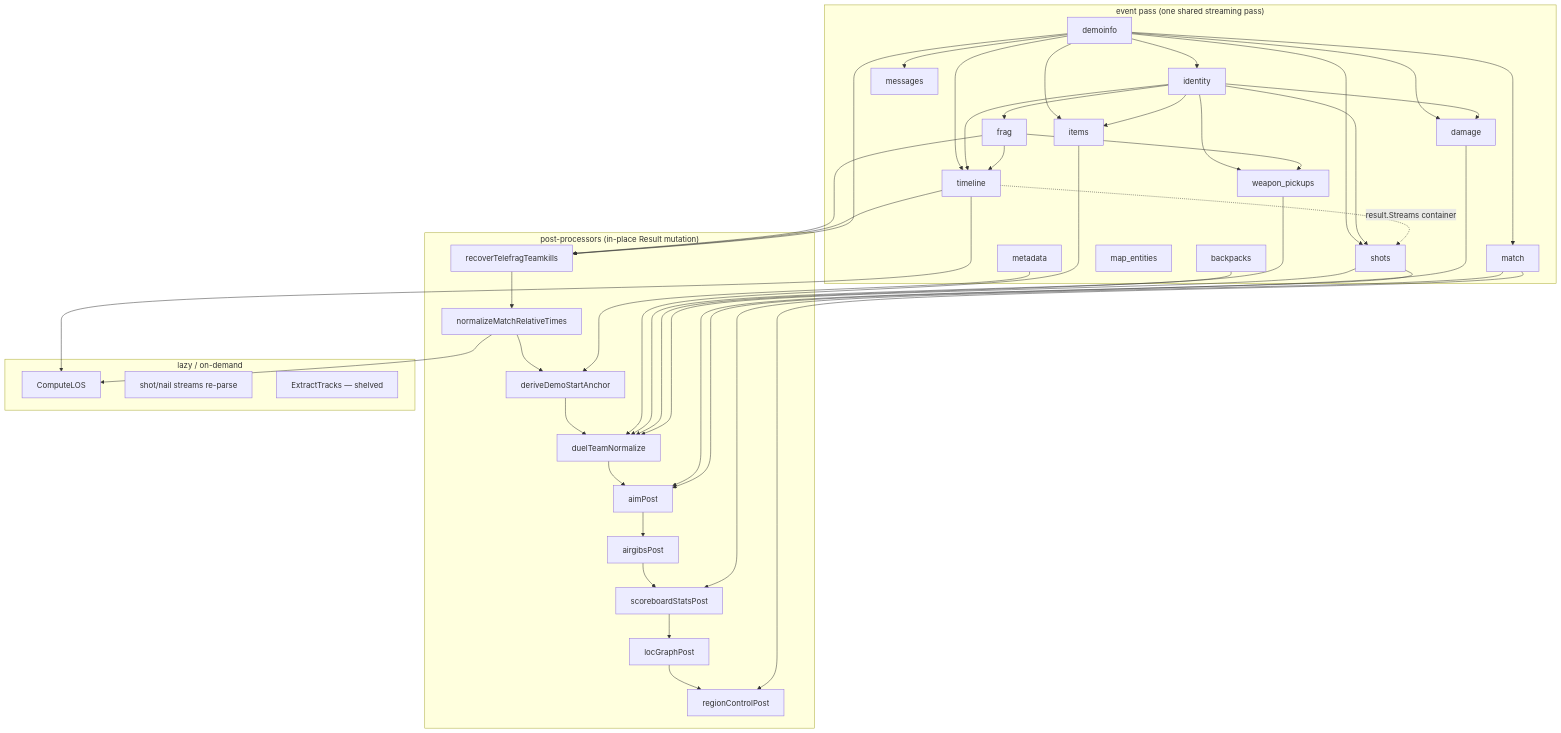
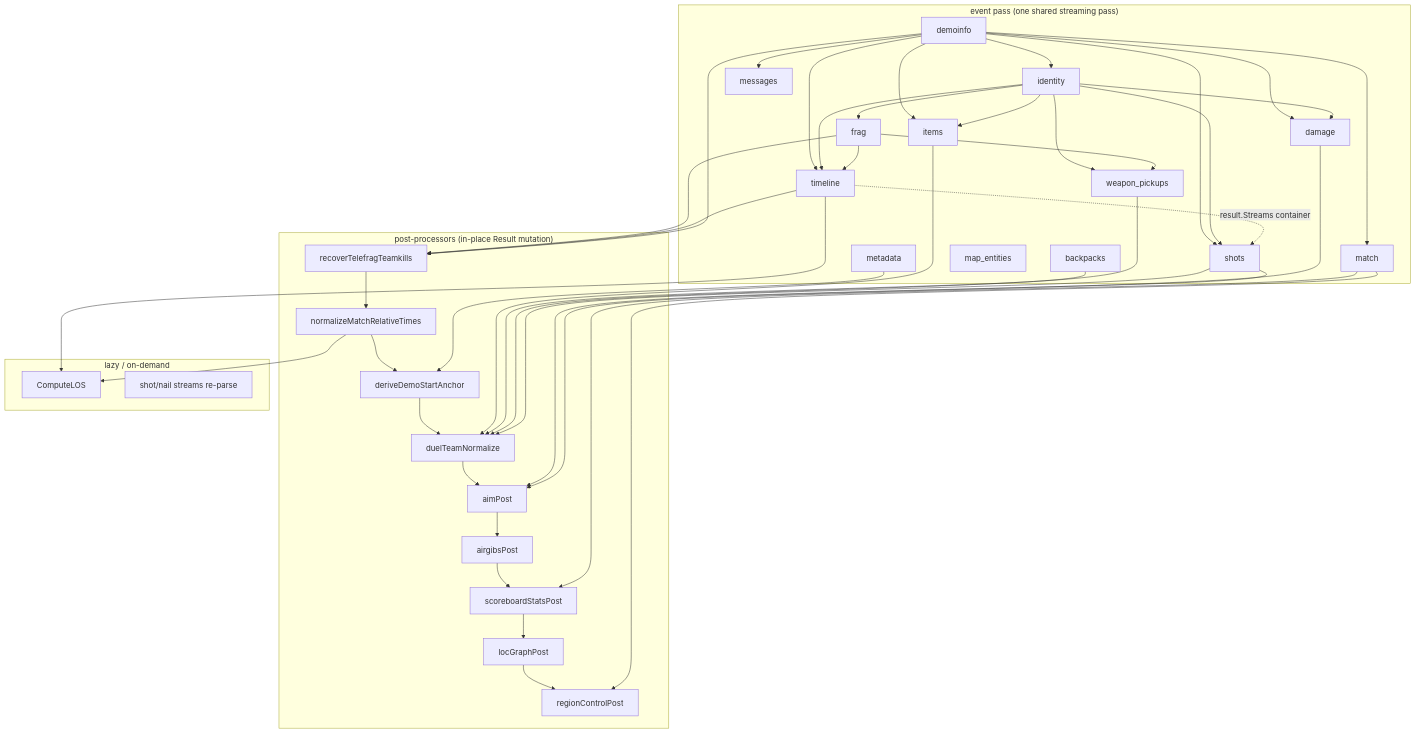
Before and after one commit to Xerialen/mvd_analyzer: the diagram in PLAN-improve-analytics.md, drawn with Mermaid. The commit also changed other lines of this file and 6 other files, not shown here.

````diff
--- a/PLAN-improve-analytics.md
+++ b/PLAN-improve-analytics.md
@@ -146,30 +182,30 @@
 ```mermaid
 flowchart TB
   subgraph E["event pass (one shared streaming pass)"]
     demoinfo; identity; frag; metadata; match; messages
     timeline; items; damage; shots; mapents[map_entities]; backpacks; wpk[weapon_pickups]
   end
   demoinfo --> identity --> frag
   demoinfo --> match & messages & timeline & items & damage & shots
   identity --> timeline & items & damage & shots & wpk
   frag --> timeline & wpk
   timeline -. "result.Streams container" .-> shots
 
   subgraph P["post-processors (in-place Result mutation)"]
     tk[recoverTelefragTeamkills] --> norm[normalizeMatchRelativeTimes]
     norm --> anchor[deriveDemoStartAnchor] --> duel[duelTeamNormalize]
     duel --> aim[aimPost] --> gib[airgibsPost] --> sb[scoreboardStatsPost]
     sb --> lg[locGraphPost] --> rc[regionControlPost]
   end
   frag & timeline & demoinfo --> tk
   items & backpacks & wpk & shots --> duel
   shots & damage --> aim
   metadata --> anchor
   match --> sb & rc
 
   subgraph L["lazy / on-demand"]
-    los[ComputeLOS]; ss[shot/nail streams re-parse]; tracks[ExtractTracks — shelved]
+    los[ComputeLOS]; ss[shot/nail streams re-parse]
   end
   timeline --> los
   norm --> los
 ```
````
